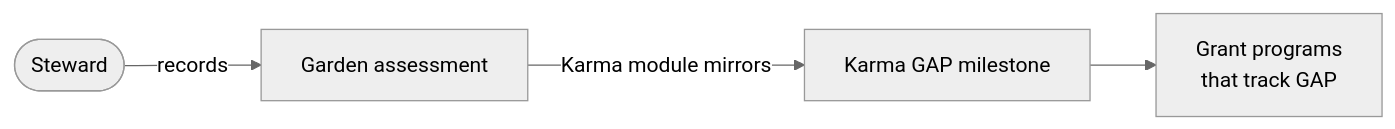
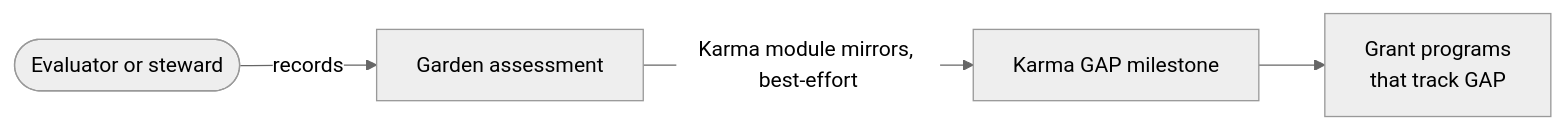
The diagram in docs/docs/builders/integrations/karma.mdx (greenpill-dev-guild/green-goods), drawn with Mermaid (neutral theme) before and after one commit. The commit also changed other lines of this file and 15 other files, not shown here.

````diff
--- a/docs/docs/builders/integrations/karma.mdx
+++ b/docs/docs/builders/integrations/karma.mdx
@@ -32,6 +36,6 @@
 ```mermaid
 flowchart LR
-  steward([Steward]) -->|records| assessment["Garden assessment"]
-  assessment -->|Karma module mirrors| milestone["Karma GAP milestone"]
+  author([Evaluator or steward]) -->|records| assessment["Garden assessment"]
+  assessment -->|Karma module mirrors, best-effort| milestone["Karma GAP milestone"]
   milestone --> programs["Grant programs<br/>that track GAP"]
 ```
````
